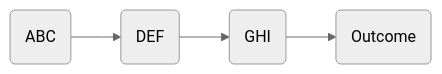
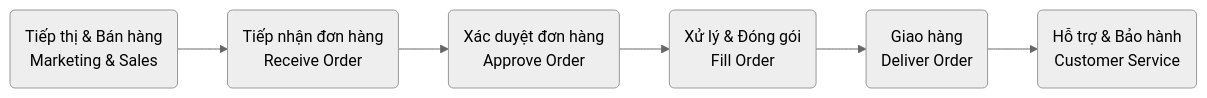
Before and after one commit to sam-uit/citd-IE203: the diagram in btvn/b02-btvn02/b02-btvn02.md, drawn with Mermaid (neutral theme).

````diff
--- a/btvn/b02-btvn02/b02-btvn02.md
+++ b/btvn/b02-btvn02/b02-btvn02.md
@@ -55,4 +55,11 @@
 ```mermaid
 graph LR
-nodea("ABC") --> nodeb("DEF") --> nodec("GHI") --> noded("Outcome")
+  nodea("Tiếp thị & Bán hàng<br>Marketing & Sales")
+  nodeb("Tiếp nhận đơn hàng<br>Receive Order")
+  nodec("Xác duyệt đơn hàng<br>Approve Order")
+  noded("Xử lý & Đóng gói<br>Fill Order")
+  nodee("Giao hàng<br>Deliver Order")
+  nodef("Hỗ trợ & Bảo hành<br>Customer Service")
+
+nodea --> nodeb --> nodec --> noded --> nodee --> nodef
 ```
````
